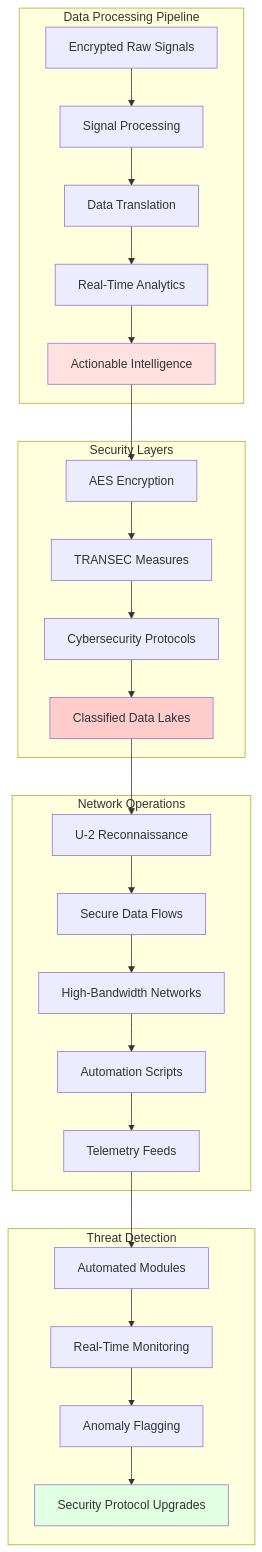
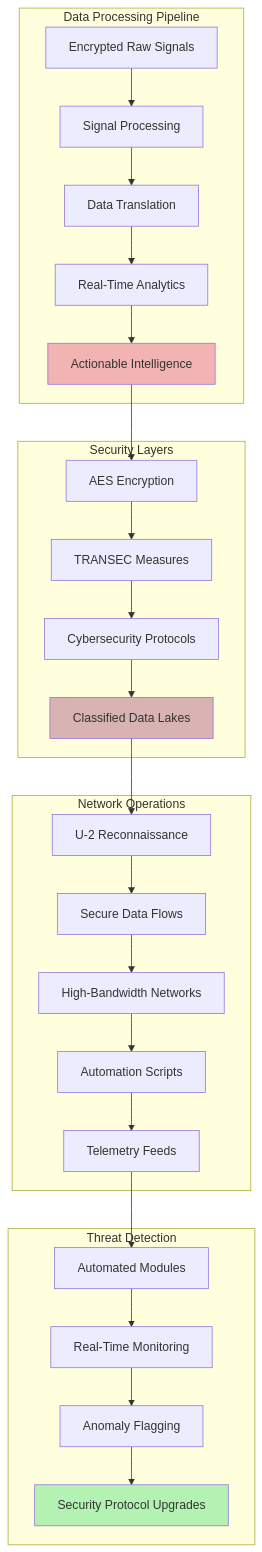
One commit to Tim-Spurlin/RESUME-of-Timothy-Spurlin changed the sixth of 24 diagrams in README.md. Above: the diagram before and after it, drawn with Mermaid. The commit also changed other lines of this file, not shown here.

Commit message:
Replace bright Mermaid diagram colors with muted professional tones

````diff
--- a/README.md
+++ b/README.md
@@ -261,37 +261,37 @@
 ```mermaid
 flowchart TB
     subgraph "Data Processing Pipeline"
         A[Encrypted Raw Signals] --> B[Signal Processing]
         B --> C[Data Translation]
         C --> D[Real-Time Analytics]
         D --> E[Actionable Intelligence]
     end
     
     subgraph "Security Layers"
         F[AES Encryption] --> G[TRANSEC Measures]
         G --> H[Cybersecurity Protocols]
         H --> I[Classified Data Lakes]
     end
     
     subgraph "Network Operations"
         J[U-2 Reconnaissance] --> K[Secure Data Flows]
         K --> L[High-Bandwidth Networks]
         L --> M[Automation Scripts]
         M --> N[Telemetry Feeds]
     end
     
     E --> F
     I --> J
     
     subgraph "Threat Detection"
         O[Automated Modules] --> P[Real-Time Monitoring]
         P --> Q[Anomaly Flagging]
         Q --> R[Security Protocol Upgrades]
     end
     
     N --> O
     
-    style E fill:#ffe1e1
-    style I fill:#ffcccc
-    style R fill:#e1ffe1
+    style E fill:#f2b3b3
+    style I fill:#d9b3b3
+    style R fill:#b3f2b3
 ```
````
